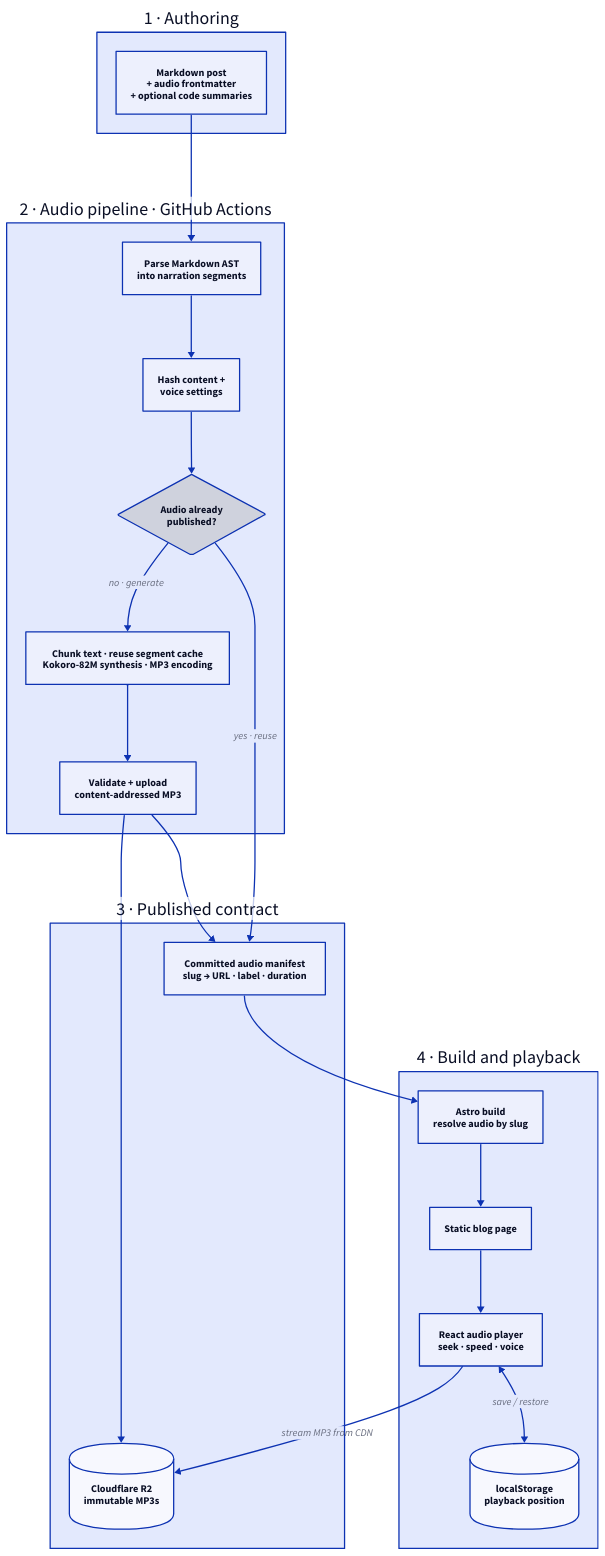
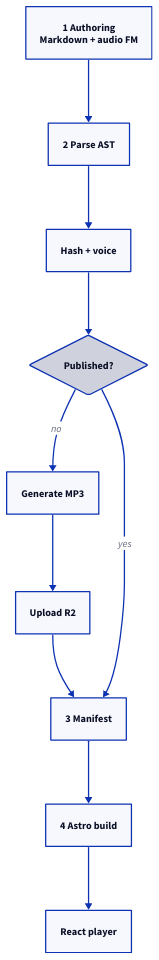
One commit to g-savitha/gsavitha.in changed the first of 7 diagrams in src/content/blog/blog-audio-player.md. Above: the diagram before and after it, drawn with D2. The commit also changed other lines of this file and 11 other files, not shown here.

````diff
--- a/src/content/blog/blog-audio-player.md
+++ b/src/content/blog/blog-audio-player.md
@@ -66,36 +66,17 @@
 ```d2
 direction: down
-Authoring: "1 · Authoring" {
-  INPUT: "Markdown post\n+ audio frontmatter\n+ optional code summaries" {class: content}
-}
-Build: "2 · Audio pipeline · GitHub Actions" {
-  direction: down
-  EXTRACT: "Parse Markdown AST\ninto narration segments" {class: royal}
-  HASH: "Hash content +\nvoice settings" {class: royal}
-  CHANGED: "Audio already\npublished?" {shape: diamond; class: decision}
-  GENERATE: "Chunk text · reuse segment cache\nKokoro-82M synthesis · MP3 encoding" {class: violet}
-  UPLOAD: "Validate + upload\ncontent-addressed MP3" {class: violet}
-  EXTRACT -> HASH -> CHANGED
-  CHANGED -> GENERATE: "no · generate"
-  GENERATE -> UPLOAD
-}
-Contract: "3 · Published contract" {
-  MANIFEST: "Committed audio manifest\nslug → URL · label · duration" {class: emerald}
-  R2: "Cloudflare R2\nimmutable MP3s" {shape: cylinder; class: storage}
-}
-Delivery: "4 · Build and playback" {
-  direction: down
-  ASTRO: "Astro build\nresolve audio by slug" {class: royal}
-  PAGE: "Static blog page" {class: content}
-  PLAYER: "React audio player\nseek · speed · voice" {class: emerald}
-  PROGRESS: "localStorage\nplayback position" {shape: cylinder; class: storage}
-  ASTRO -> PAGE -> PLAYER
-  PLAYER <-> PROGRESS: "save / restore"
-}
-Authoring.INPUT -> Build.EXTRACT
-Build.UPLOAD -> Contract.R2
-Build.UPLOAD -> Contract.MANIFEST
-Build.CHANGED -> Contract.MANIFEST: "yes · reuse"
-Contract.MANIFEST -> Delivery.ASTRO
-Delivery.PLAYER -> Contract.R2: "stream MP3 from CDN"
+IN: "1 Authoring\nMarkdown + audio FM" {class: content}
+EX: "2 Parse AST" {class: royal}
+HASH: "Hash + voice" {class: royal}
+Q: "Published?" {shape: diamond; class: decision}
+GEN: "Generate MP3" {class: violet}
+UP: "Upload R2" {class: violet}
+MAN: "3 Manifest" {class: emerald}
+ASTRO: "4 Astro build" {class: royal}
+PLAYER: "React player" {class: emerald}
+IN -> EX -> HASH -> Q
+Q -> GEN: no
+GEN -> UP -> MAN
+Q -> MAN: yes
+MAN -> ASTRO -> PLAYER
 ```
````
